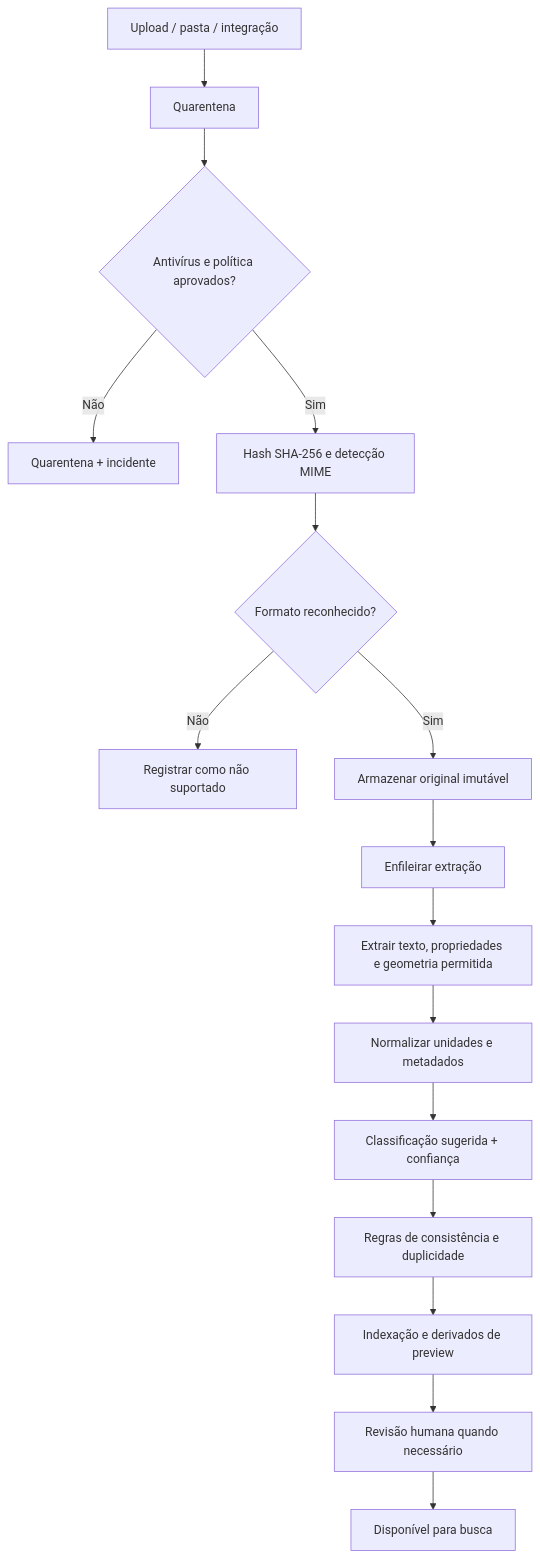
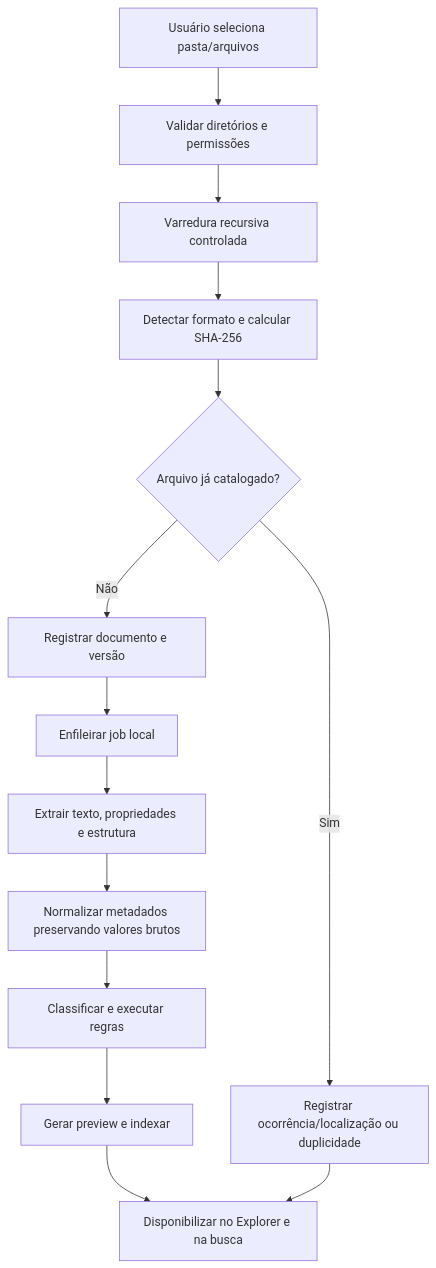
One commit to Lvc4br/Gerenciador-de-dados changed the second of 2 diagrams in docs/ARCHITECTURE.md. Above: the diagram before and after it, drawn with Mermaid. The commit also changed other lines of this file, not shown here.

Commit message:
docs: definir GED como aplicativo desktop Windows

````diff
--- a/docs/ARCHITECTURE.md
+++ b/docs/ARCHITECTURE.md
@@ -51,18 +64,16 @@
 ```mermaid
 flowchart TD
-  A[Upload / pasta / integração] --> B[Quarentena]
-  B --> C{Antivírus e política aprovados?}
-  C -- Não --> X[Quarentena + incidente]
-  C -- Sim --> D[Hash SHA-256 e detecção MIME]
-  D --> E{Formato reconhecido?}
-  E -- Não --> F[Registrar como não suportado]
-  E -- Sim --> G[Armazenar original imutável]
-  G --> H[Enfileirar extração]
-  H --> I[Extrair texto, propriedades e geometria permitida]
-  I --> J[Normalizar unidades e metadados]
-  J --> K[Classificação sugerida + confiança]
-  K --> L[Regras de consistência e duplicidade]
-  L --> M[Indexação e derivados de preview]
-  M --> N[Revisão humana quando necessário]
-  N --> O[Disponível para busca]
+  A[Usuário seleciona pasta/arquivos] --> B[Validar diretórios e permissões]
+  B --> C[Varredura recursiva controlada]
+  C --> D[Detectar formato e calcular SHA-256]
+  D --> E{Arquivo já catalogado?}
+  E -- Sim --> F[Registrar ocorrência/localização ou duplicidade]
+  E -- Não --> G[Registrar documento e versão]
+  G --> H[Enfileirar job local]
+  H --> I[Extrair texto, propriedades e estrutura]
+  I --> J[Normalizar metadados preservando valores brutos]
+  J --> K[Classificar e executar regras]
+  K --> L[Gerar preview e indexar]
+  L --> M[Disponibilizar no Explorer e na busca]
+  F --> M
 ```
````
